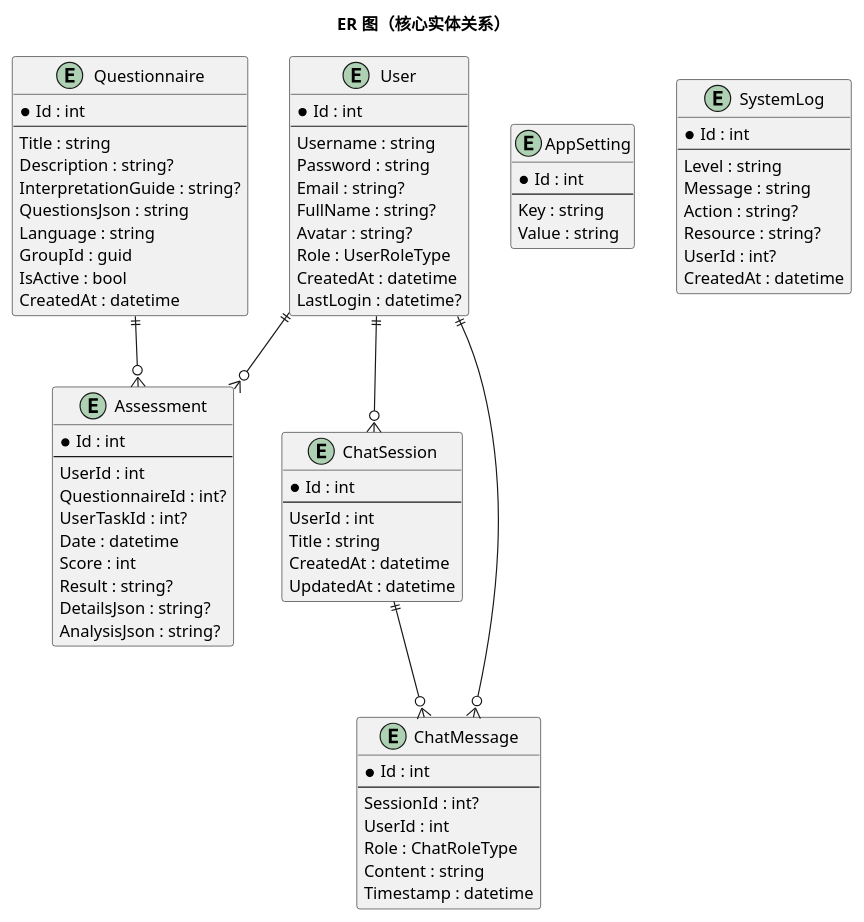
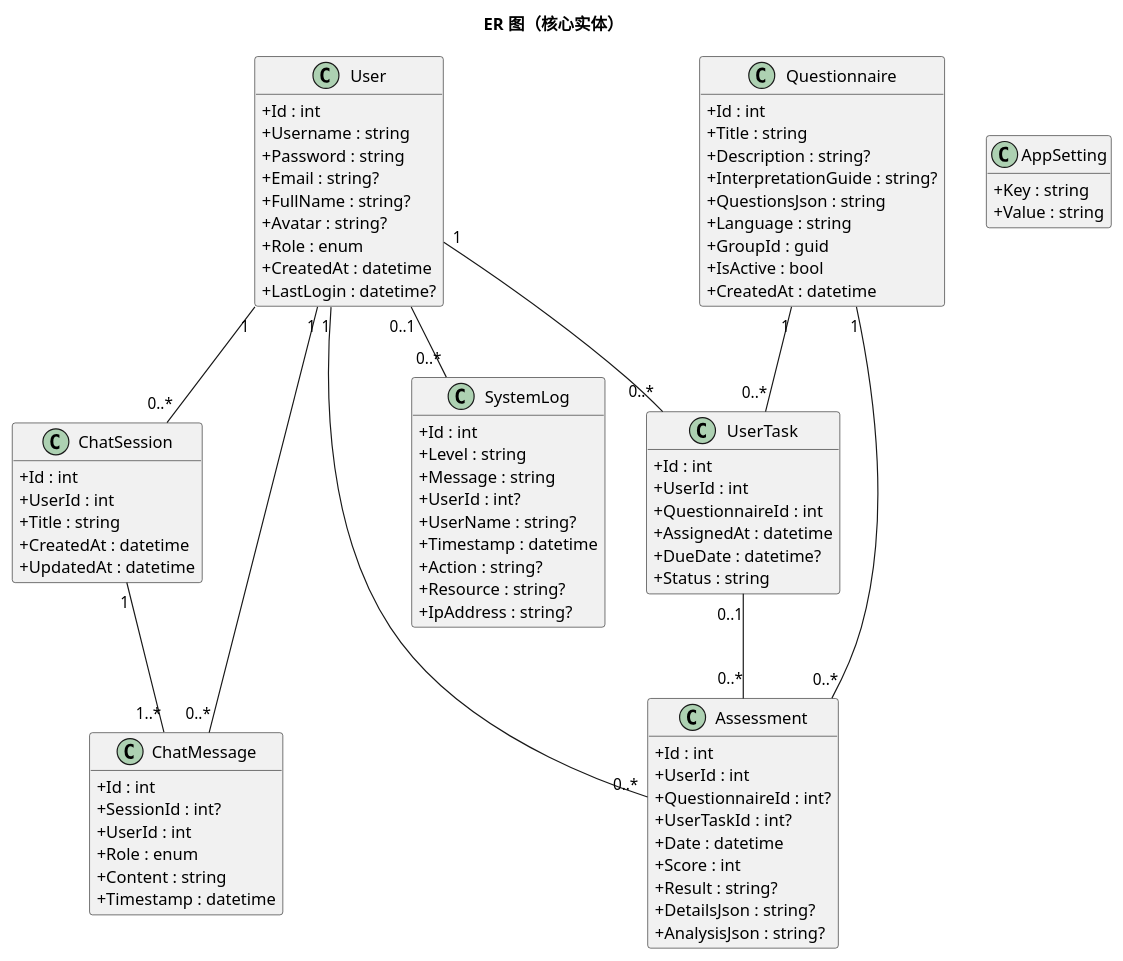
One commit to WangWindow/Velum changed the seventh of 7 diagrams in docs/3.md. Above: the diagram before and after it, drawn with PlantUML. The commit also changed other lines of this file and 5 other files, not shown here.

````diff
--- a/docs/3.md
+++ b/docs/3.md
@@ -238,88 +254,101 @@
 ```plantuml
 @startuml
-title ER 图（核心实体关系）
+title ER 图（核心实体）
 
-entity "User" as User {
-  *Id : int
-  --
-  Username : string
-  Password : string
-  Email : string?
-  FullName : string?
-  Avatar : string?
-  Role : UserRoleType
-  CreatedAt : datetime
-  LastLogin : datetime?
+hide methods
+skinparam classAttributeIconSize 0
+
+class User {
+  +Id : int
+  +Username : string
+  +Password : string
+  +Email : string?
+  +FullName : string?
+  +Avatar : string?
+  +Role : enum
+  +CreatedAt : datetime
+  +LastLogin : datetime?
 }
 
-entity "Questionnaire" as Questionnaire {
-  *Id : int
-  --
-  Title : string
-  Description : string?
-  InterpretationGuide : string?
-  QuestionsJson : string
-  Language : string
-  GroupId : guid
-  IsActive : bool
-  CreatedAt : datetime
+class Questionnaire {
+  +Id : int
+  +Title : string
+  +Description : string?
+  +InterpretationGuide : string?
+  +QuestionsJson : string
+  +Language : string
+  +GroupId : guid
+  +IsActive : bool
+  +CreatedAt : datetime
 }
 
-entity "Assessment" as Assessment {
-  *Id : int
-  --
-  UserId : int
-  QuestionnaireId : int?
-  UserTaskId : int?
-  Date : datetime
-  Score : int
-  Result : string?
-  DetailsJson : string?
-  AnalysisJson : string?
+class Assessment {
+  +Id : int
+  +UserId : int
+  +QuestionnaireId : int?
+  +UserTaskId : int?
+  +Date : datetime
+  +Score : int
+  +Result : string?
+  +DetailsJson : string?
+  +AnalysisJson : string?
 }
 
-entity "ChatSession" as ChatSession {
-  *Id : int
-  --
-  UserId : int
-  Title : string
-  CreatedAt : datetime
-  UpdatedAt : datetime
+class ChatSession {
+  +Id : int
+  +UserId : int
+  +Title : string
+  +CreatedAt : datetime
+  +UpdatedAt : datetime
 }
 
-entity "ChatMessage" as ChatMessage {
-  *Id : int
-  --
-  SessionId : int?
-  UserId : int
-  Role : ChatRoleType
-  Content : string
-  Timestamp : datetime
+class ChatMessage {
+  +Id : int
+  +SessionId : int?
+  +UserId : int
+  +Role : enum
+  +Content : string
+  +Timestamp : datetime
 }
 
-entity "AppSetting" as AppSetting {
-  *Id : int
-  --
-  Key : string
-  Value : string
+class UserTask {
+  +Id : int
+  +UserId : int
+  +QuestionnaireId : int
+  +AssignedAt : datetime
+  +DueDate : datetime?
+  +Status : string
 }
 
-entity "SystemLog" as SystemLog {
-  *Id : int
-  --
-  Level : string
-  Message : string
-  Action : string?
-  Resource : string?
-  UserId : int?
-  CreatedAt : datetime
+class AppSetting {
+  +Key : string
+  +Value : string
 }
 
-User ||--o{ Assessment
-Questionnaire ||--o{ Assessment
-User ||--o{ ChatSession
-ChatSession ||--o{ ChatMessage
-User ||--o{ ChatMessage
+class SystemLog {
+  +Id : int
+  +Level : string
+  +Message : string
+  +UserId : int?
+  +UserName : string?
+  +Timestamp : datetime
+  +Action : string?
+  +Resource : string?
+  +IpAddress : string?
+}
+
+User "1" -- "0..*" Assessment
+Questionnaire "1" -- "0..*" Assessment
+
+User "1" -- "0..*" ChatSession
+ChatSession "1" -- "1..*" ChatMessage
+User "1" -- "0..*" ChatMessage
+
+User "1" -- "0..*" UserTask
+Questionnaire "1" -- "0..*" UserTask
+UserTask "0..1" -- "0..*" Assessment
+
+User "0..1" -- "0..*" SystemLog
 
 @enduml
 ```
````
